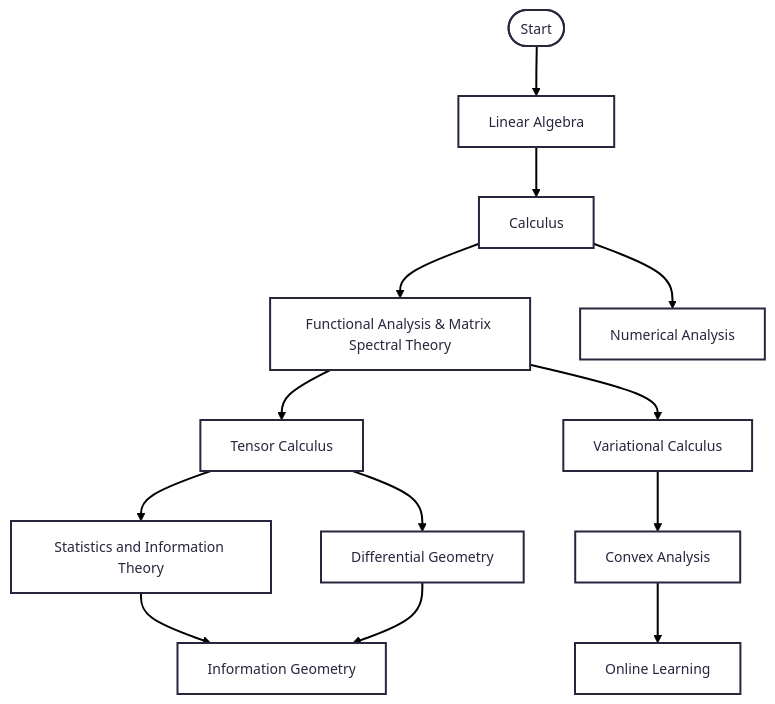
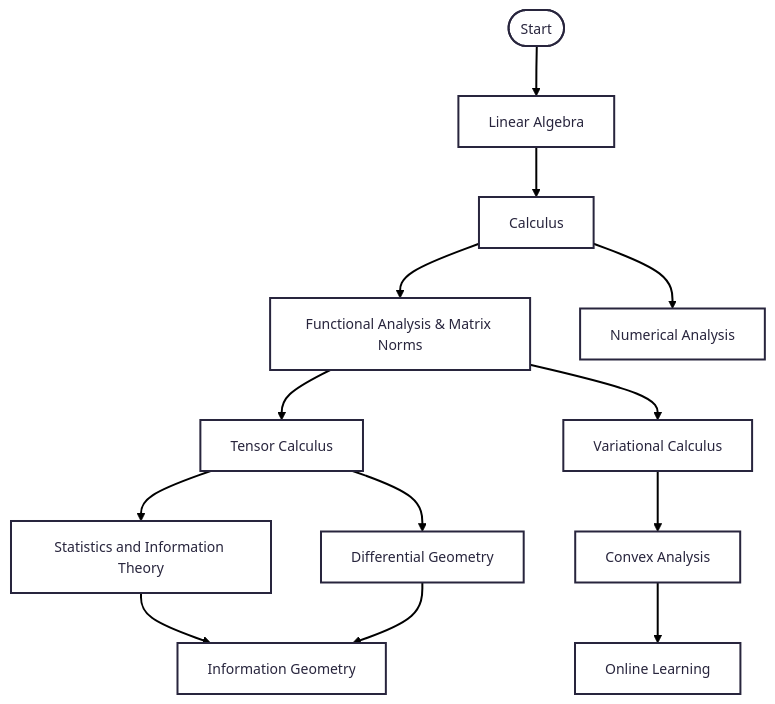
One commit to JiHa-Kim/jiha-kim.github.io changed the diagram in collections/_series/optimization-theory-for-machine-learning/0-preface.md. Above: the diagram before and after it, drawn with Mermaid. The commit also changed other lines of this file and 5 other files, not shown here.

````diff
--- a/collections/_series/optimization-theory-for-machine-learning/0-preface.md
+++ b/collections/_series/optimization-theory-for-machine-learning/0-preface.md
@@ -186,24 +186,24 @@
 ```mermaid
 ---
 config:
   theme: redux
 ---
 flowchart TD
     A(["Start"]) --> LA["Linear Algebra"]
 
     LA --> CAL["Calculus"]
 
-    CAL --> EFA["Functional Analysis & Matrix Spectral Theory"]
+    CAL --> EFA["Functional Analysis & Matrix Norms"]
     CAL --> NA["Numerical Analysis"]
 
     EFA --> TC["Tensor Calculus"]
     EFA --> VC["Variational Calculus"]
 
     TC --> DG["Differential Geometry"]
     TC --> SIT["Statistics and Information Theory"]
     VC --> CA["Convex Analysis"]
 
     SIT --> IG["Information Geometry"]
     DG --> IG
     CA --> OL["Online Learning"]
 ```
````
